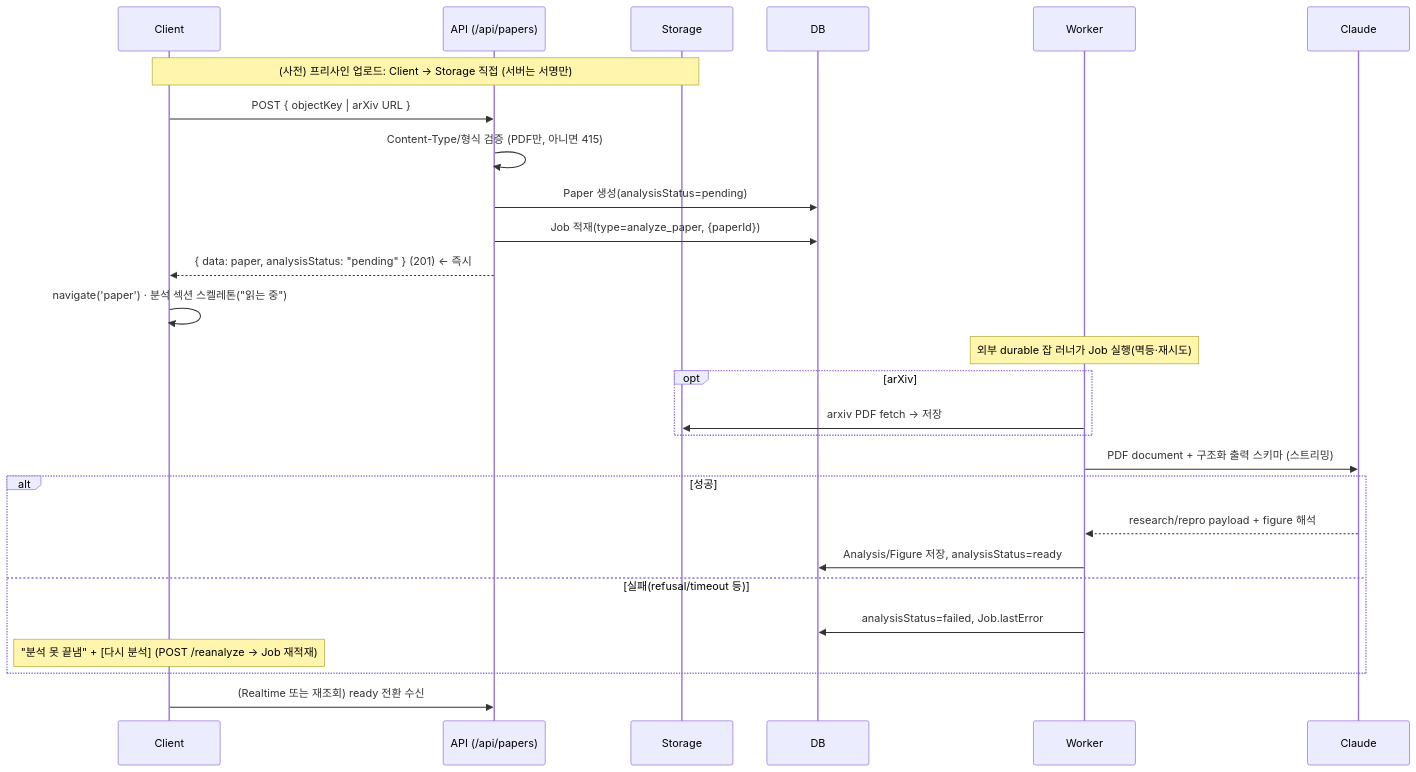
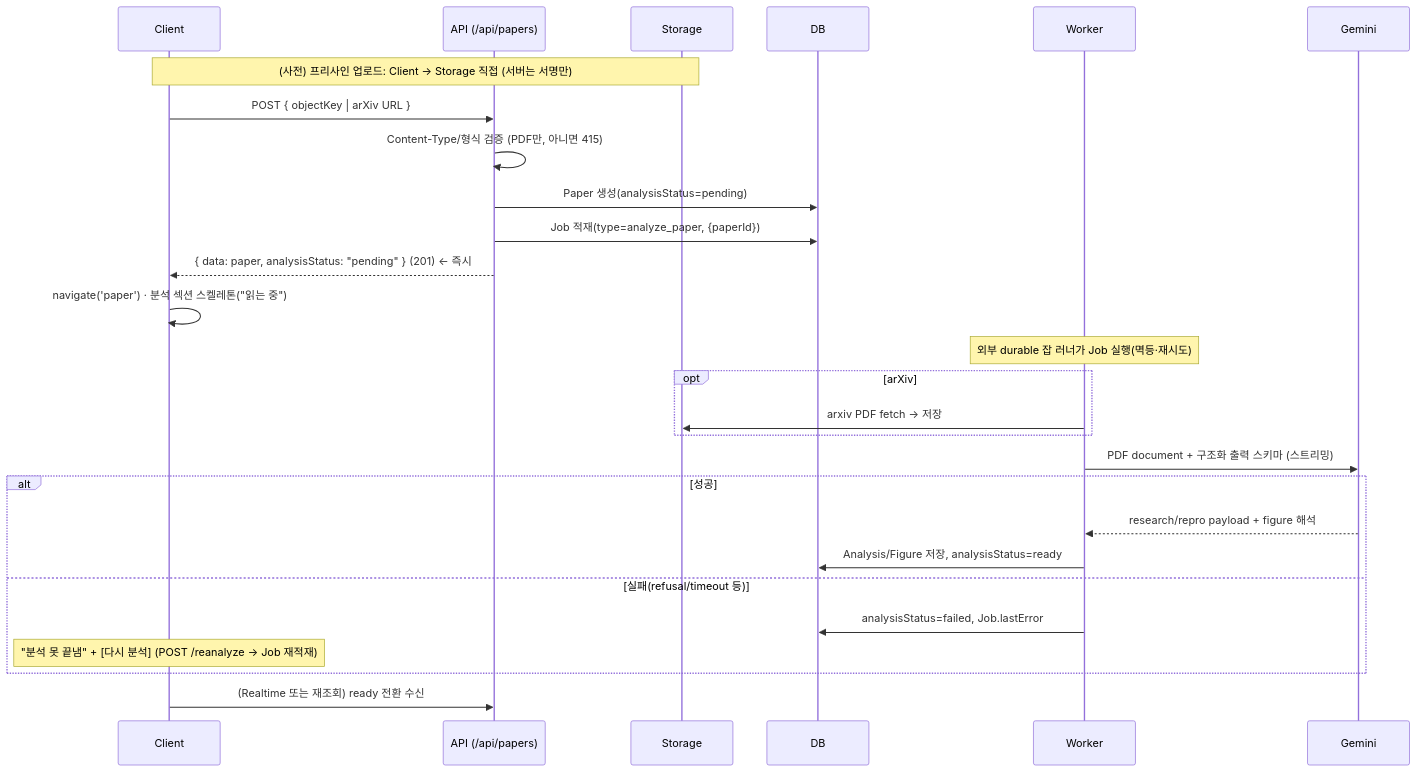
Before and after one commit to csm-kr/haparkchopaeng-workspace: the first of 9 diagrams in docs/dev/SEQUENCE_DIAGRAM.md, drawn with Mermaid. The commit also changed other lines of this file and 8 other files, not shown here.

````diff
--- a/docs/dev/SEQUENCE_DIAGRAM.md
+++ b/docs/dev/SEQUENCE_DIAGRAM.md
@@ -13,29 +13,29 @@
 ```mermaid
 sequenceDiagram
   participant U as Client
   participant A as API (/api/papers)
   participant S as Storage
   participant D as DB
   participant W as Worker
-  participant CL as Claude
+  participant CL as Gemini
   Note over U,S: (사전) 프리사인 업로드: Client → Storage 직접 (서버는 서명만)
   U->>A: POST { objectKey | arXiv URL }
   A->>A: Content-Type/형식 검증 (PDF만, 아니면 415)
   A->>D: Paper 생성(analysisStatus=pending)
   A->>D: Job 적재(type=analyze_paper, {paperId})
   A-->>U: { data: paper, analysisStatus: "pending" }  (201)  ← 즉시
   U->>U: navigate('paper') · 분석 섹션 스켈레톤("읽는 중")
   Note over W: 외부 durable 잡 러너가 Job 실행(멱등·재시도)
   opt arXiv
     W->>S: arxiv PDF fetch → 저장
   end
   W->>CL: PDF document + 구조화 출력 스키마 (스트리밍)
   alt 성공
     CL-->>W: research/repro payload + figure 해석
     W->>D: Analysis/Figure 저장, analysisStatus=ready
   else 실패(refusal/timeout 등)
     W->>D: analysisStatus=failed, Job.lastError
     Note over U: "분석 못 끝냄" + [다시 분석] (POST /reanalyze → Job 재적재)
   end
   U->>A: (Realtime 또는 재조회) ready 전환 수신
 ```
````
